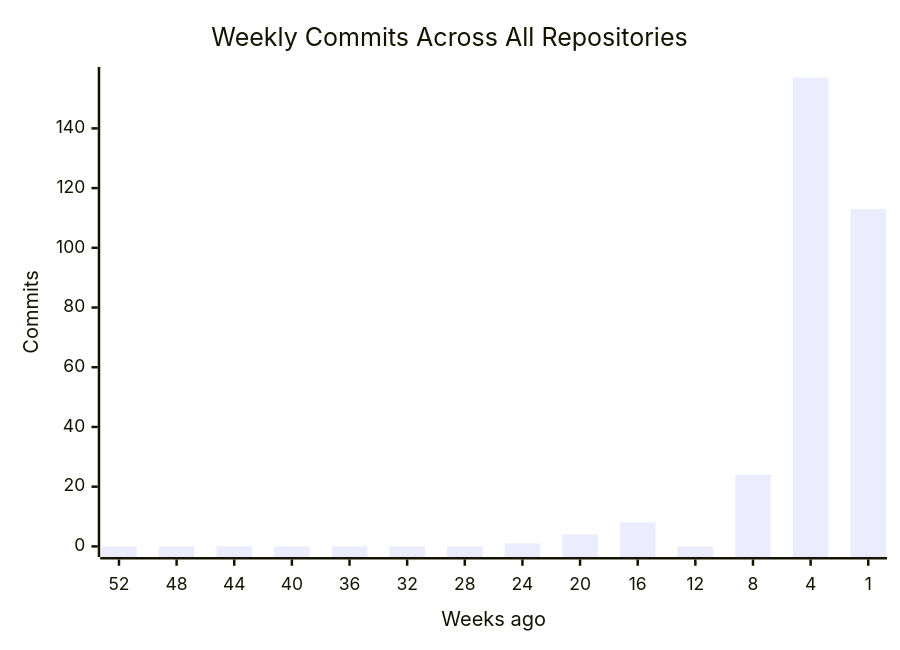
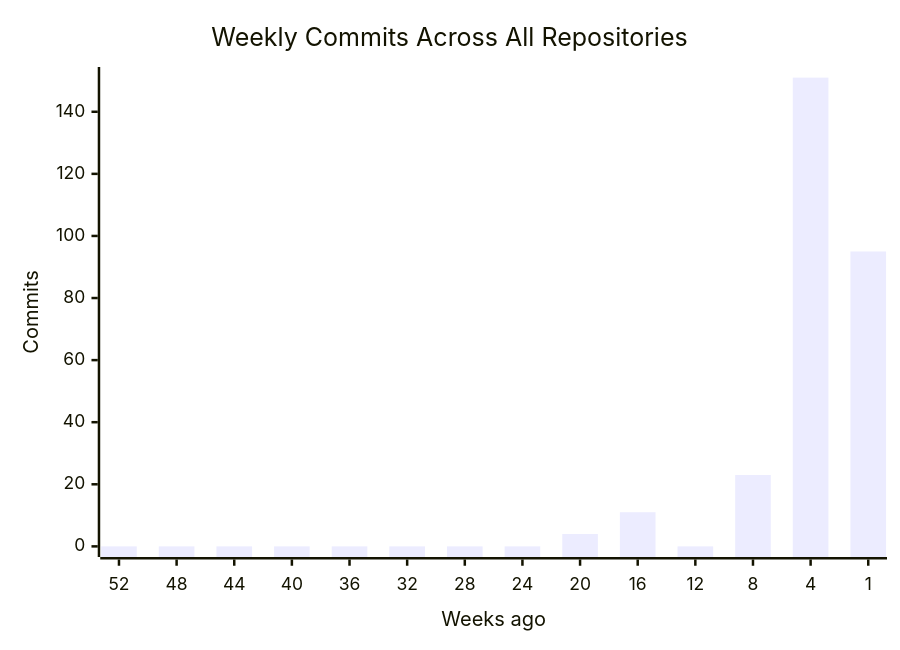
The first of 4 diagrams in profile/README.md (CSTH-Projects/.github), drawn with Mermaid before and after one commit. The commit also changed other lines of this file, not shown here.

````diff
--- a/profile/README.md
+++ b/profile/README.md
@@ -16,7 +16,7 @@
 ```mermaid
 xychart-beta
     title "Weekly Commits Across All Repositories"
     x-axis "Weeks ago" [52, 48, 44, 40, 36, 32, 28, 24, 20, 16, 12, 8, 4, 1]
     y-axis "Commits"
-    bar [0, 0, 0, 0, 0, 0, 0, 1, 4, 8, 0, 24, 157, 113]
+    bar [0, 0, 0, 0, 0, 0, 0, 0, 4, 11, 0, 23, 151, 95]
 ```
````
